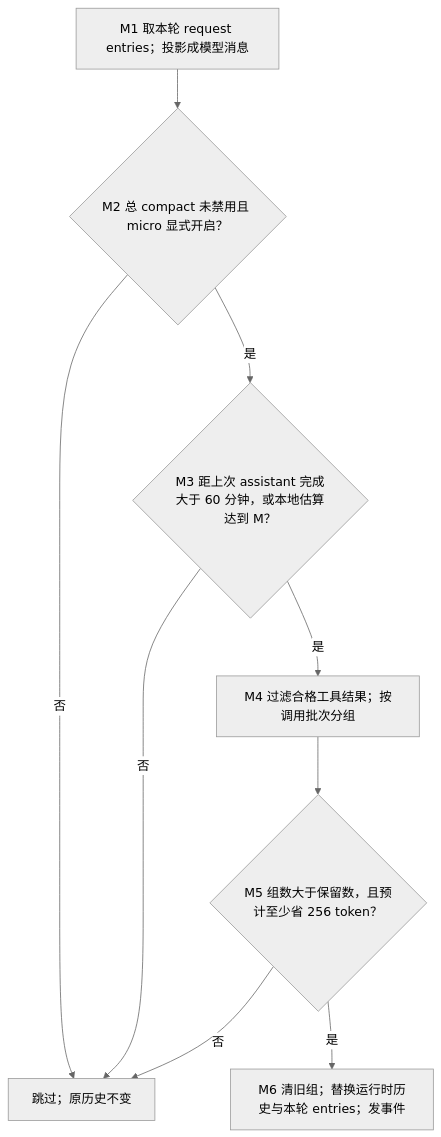
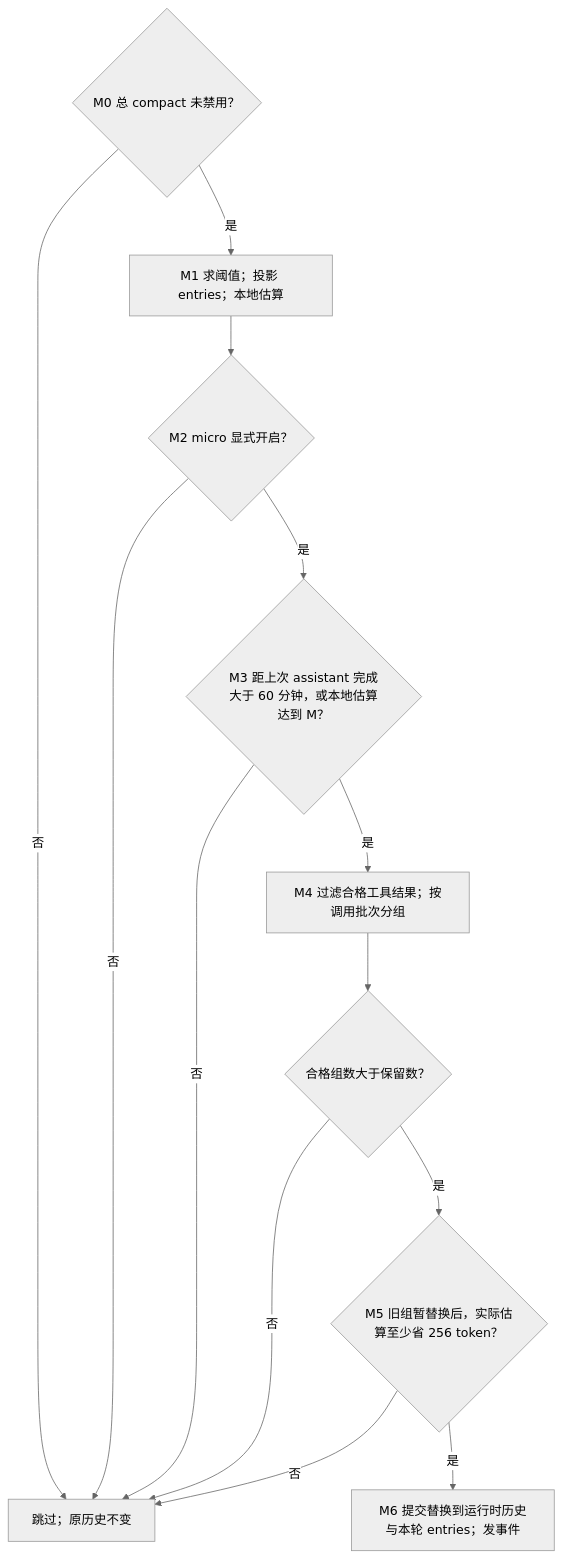
Before and after one commit to tao2years/ZCode_Analysis: the second of 3 diagrams in research/code-agent/topics/b-context-management.md, drawn with Mermaid (neutral theme). The commit also changed other lines of this file and 3 other files, not shown here.

````diff
--- a/research/code-agent/topics/b-context-management.md
+++ b/research/code-agent/topics/b-context-management.md
@@ -56,11 +60,15 @@
 ```mermaid
 flowchart TD
-    M1["M1 取本轮 request entries；投影成模型消息"] --> M2{"M2 总 compact 未禁用且 micro 显式开启？"}
-    M2 -- 否 --> MS["跳过；原历史不变"]
+    M0{"M0 总 compact 未禁用？"} -- 否 --> MS["跳过；原历史不变"]
+    M0 -- 是 --> M1["M1 求阈值；投影 entries；本地估算"]
+    M1 --> M2{"M2 micro 显式开启？"}
+    M2 -- 否 --> MS
     M2 -- 是 --> M3{"M3 距上次 assistant 完成大于 60 分钟，或本地估算达到 M？"}
     M3 -- 否 --> MS
     M3 -- 是 --> M4["M4 过滤合格工具结果；按调用批次分组"]
-    M4 --> M5{"M5 组数大于保留数，且预计至少省 256 token？"}
+    M4 --> M4B{"合格组数大于保留数？"}
+    M4B -- 否 --> MS
+    M4B -- 是 --> M5{"M5 旧组暂替换后，实际估算至少省 256 token？"}
     M5 -- 否 --> MS
-    M5 -- 是 --> M6["M6 清旧组；替换运行时历史与本轮 entries；发事件"]
+    M5 -- 是 --> M6["M6 提交替换到运行时历史与本轮 entries；发事件"]
 ```
````
